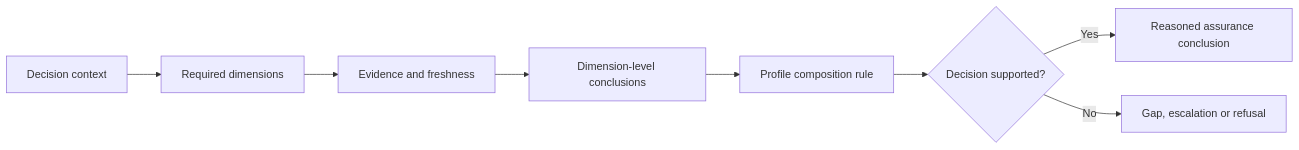
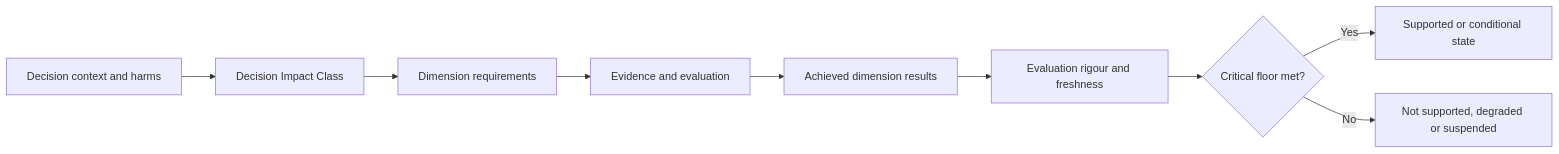
The diagram in docs/assurance/assurance-level-model.md (sankarshanmukhopadhyay/open-national-digital-trust-framework), drawn with Mermaid before and after one commit. The commit also changed other lines of this file and 35 other files, not shown here.

````diff
--- a/docs/assurance/assurance-level-model.md
+++ b/docs/assurance/assurance-level-model.md
@@ -12,10 +11,11 @@
 ```mermaid
 flowchart LR
-  C[Decision context] --> D[Required dimensions]
-  D --> E[Evidence and freshness]
-  E --> L[Dimension-level conclusions]
-  L --> P[Profile composition rule]
-  P --> O{Decision supported?}
-  O -->|Yes| R[Reasoned assurance conclusion]
-  O -->|No| G[Gap, escalation or refusal]
+  C[Decision context and harms] --> I[Decision Impact Class]
+  I --> R[Dimension requirements]
+  R --> E[Evidence and evaluation]
+  E --> A[Achieved dimension results]
+  A --> G[Evaluation rigour and freshness]
+  G --> P{Critical floor met?}
+  P -->|Yes| S[Supported or conditional state]
+  P -->|No| N[Not supported, degraded or suspended]
 ```
````
